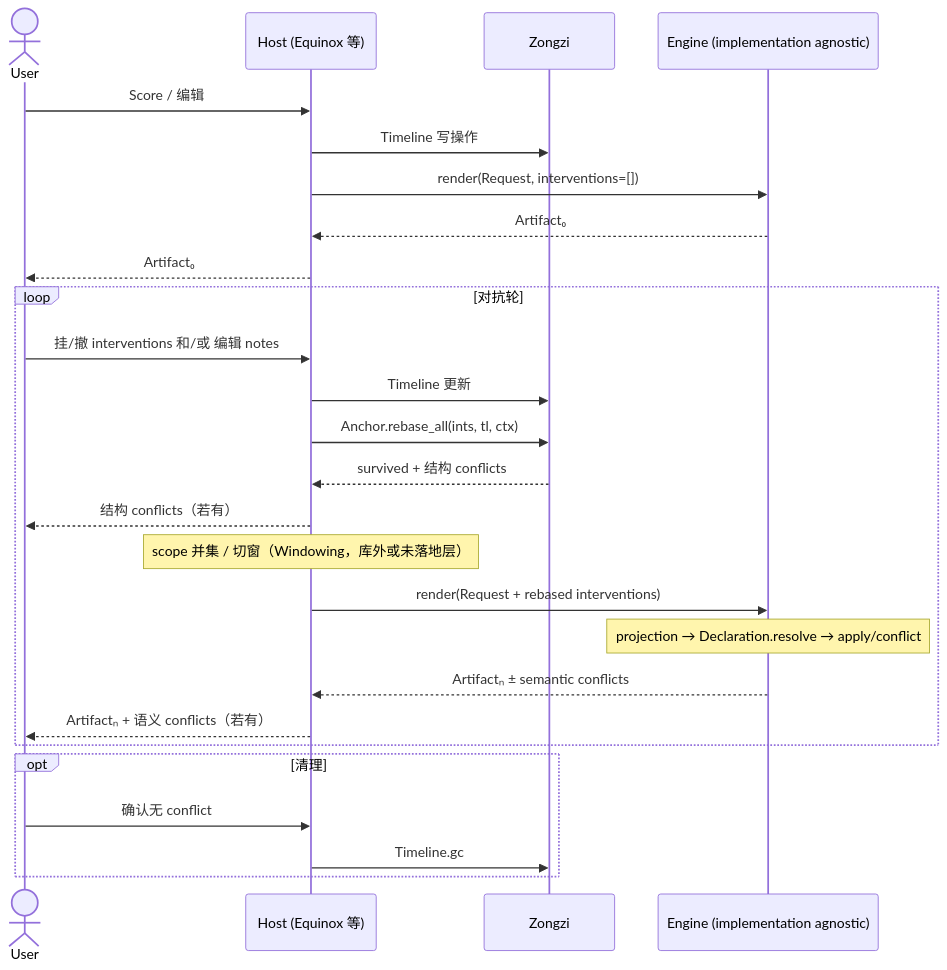
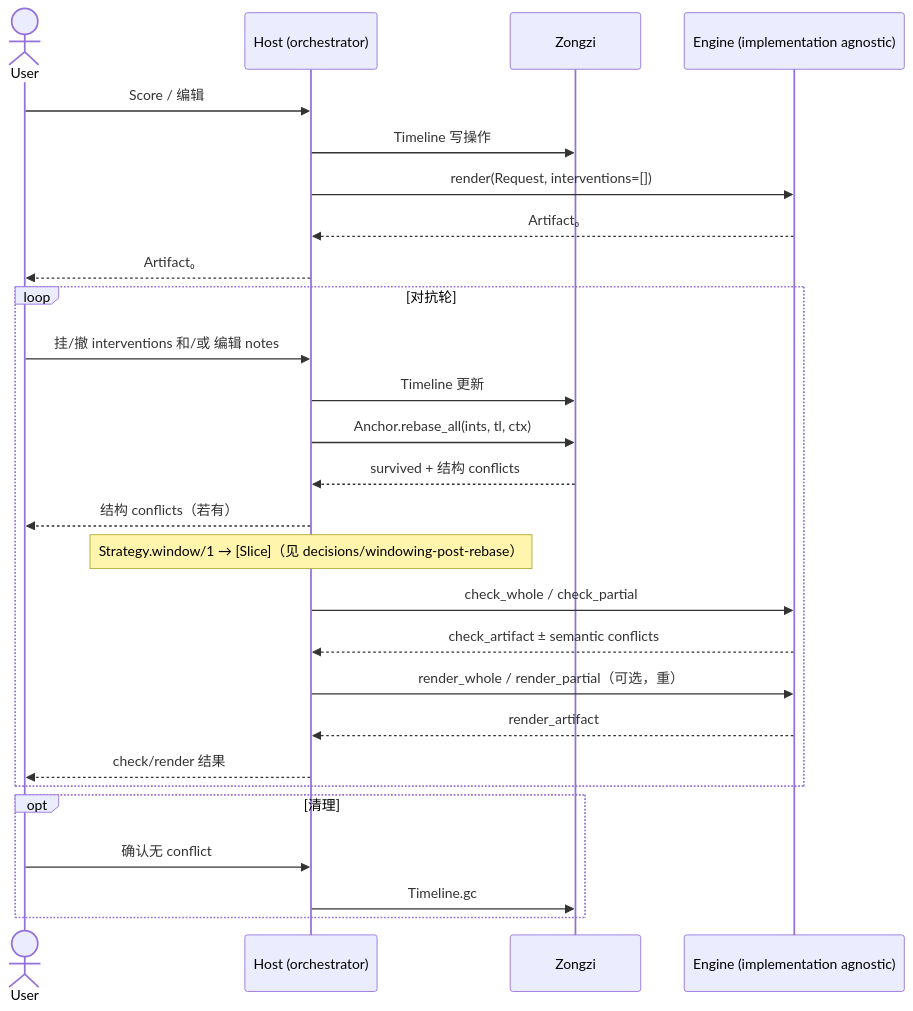
One commit to SynapticStrings/Zongzi changed the diagram in README.md. Above: the diagram before and after it, drawn with Mermaid. The commit also changed other lines of this file and 27 other files, not shown here.

First line of the commit message:
feat: formalize engine and windowing contracts

````diff
--- a/README.md
+++ b/README.md
@@ -28,32 +29,33 @@
 ```mermaid
 sequenceDiagram
     actor User
-    participant Host as Host (Equinox 等)
+    participant Host as Host (orchestrator)
     participant Zongzi
     participant Engine as Engine (implementation agnostic)
 
     User->>Host: Score / 编辑
     Host->>Zongzi: Timeline 写操作
     Host->>Engine: render(Request, interventions=[])
     Engine-->>Host: Artifact₀
     Host-->>User: Artifact₀
 
     loop 对抗轮
         User->>Host: 挂/撤 interventions 和/或 编辑 notes
         Host->>Zongzi: Timeline 更新
         Host->>Zongzi: Anchor.rebase_all(ints, tl, ctx)
         Zongzi-->>Host: survived + 结构 conflicts
         Host-->>User: 结构 conflicts（若有）
 
-        Note over Host: scope 并集 / 切窗（Windowing，库外或未落地层）
-        Host->>Engine: render(Request + rebased interventions)
-        Note over Engine: projection → Declaration.resolve → apply/conflict
-        Engine-->>Host: Artifactₙ ± semantic conflicts
-        Host-->>User: Artifactₙ + 语义 conflicts（若有）
+        Note over Host: Strategy.window/1 → [Slice]（见 decisions/windowing-post-rebase）
+        Host->>Engine: check_whole / check_partial
+        Engine-->>Host: check_artifact ± semantic conflicts
+        Host->>Engine: render_whole / render_partial（可选，重）
+        Engine-->>Host: render_artifact
+        Host-->>User: check/render 结果
     end
 
     opt 清理
         User->>Host: 确认无 conflict
         Host->>Zongzi: Timeline.gc
     end
 ```
````
